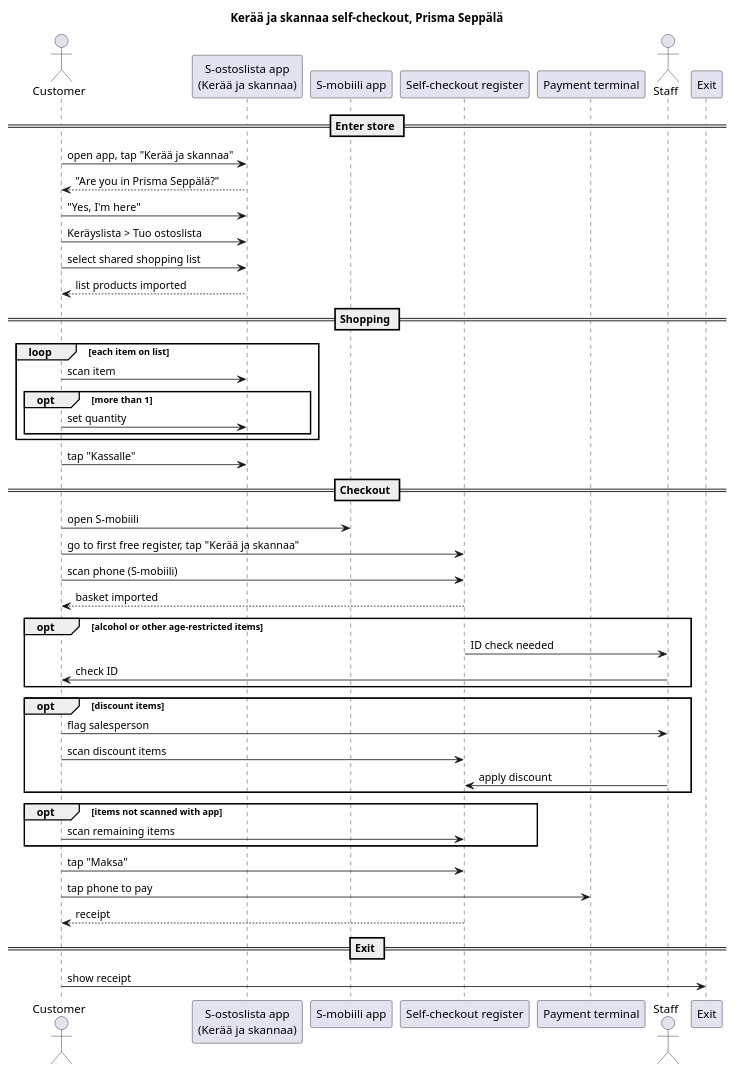
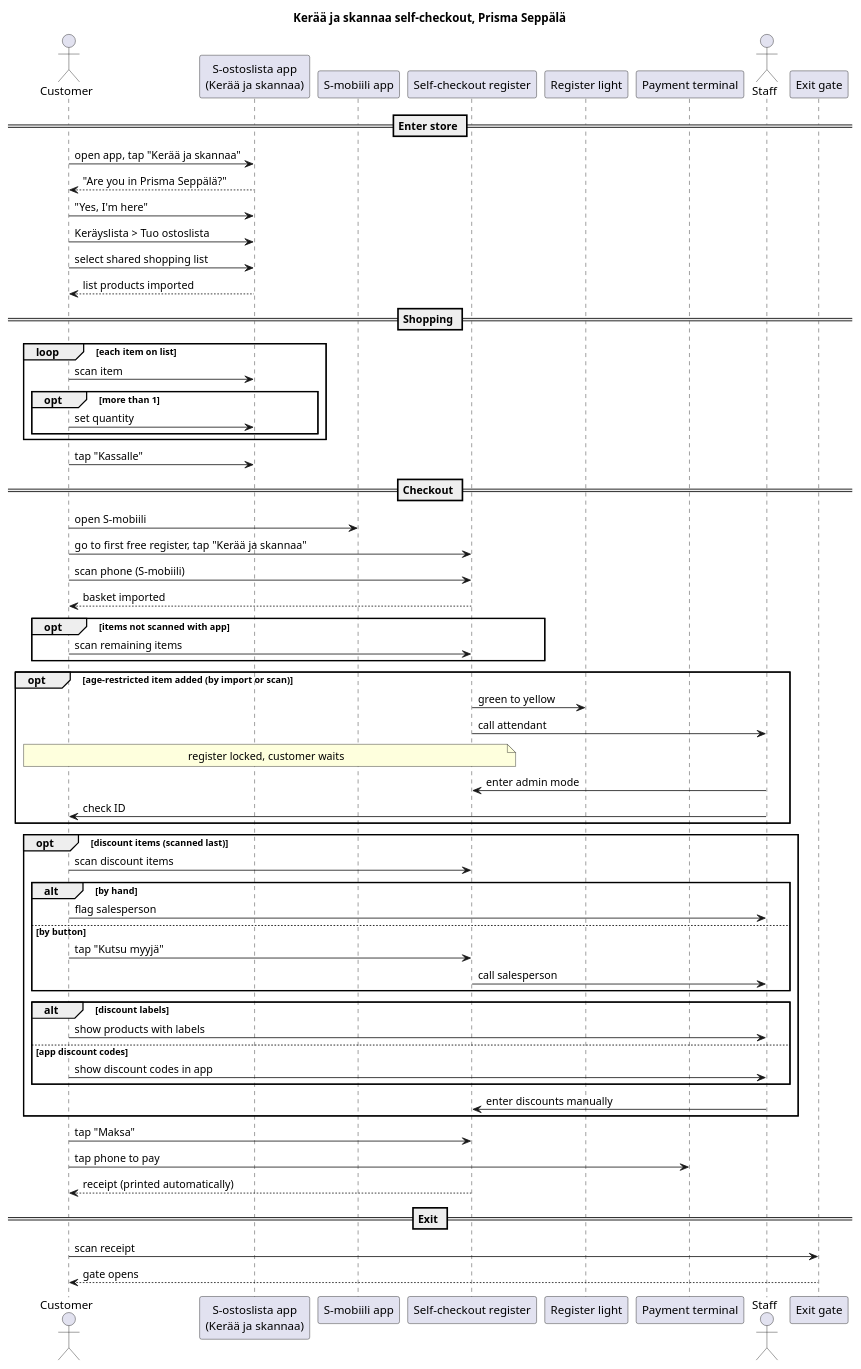
One commit to httpsterio/TJTP1140 changed the diagram in ex1/prisma-checkout.puml. Above: the diagram before and after it, drawn with PlantUML.

Commit message:
Update Ex1 diagram with light, admin mode, discounts, exit gate
Claude-Session: https://claude.ai/code/session_01EnmnarJXLgDPQA6bDMaZgY

```diff
--- a/ex1/prisma-checkout.puml
+++ b/ex1/prisma-checkout.puml
@@ -1,58 +1,73 @@
 @startuml
 title Kerää ja skannaa self-checkout, Prisma Seppälä
 
 actor Customer
 participant "S-ostoslista app\n(Kerää ja skannaa)" as App
 participant "S-mobiili app" as SMob
 participant "Self-checkout register" as Reg
+participant "Register light" as Light
 participant "Payment terminal" as Pay
 actor Staff
-participant "Exit" as Exit
+participant "Exit gate" as Gate
 
 == Enter store ==
 Customer -> App : open app, tap "Kerää ja skannaa"
 App --> Customer : "Are you in Prisma Seppälä?"
 Customer -> App : "Yes, I'm here"
 
 Customer -> App : Keräyslista > Tuo ostoslista
 Customer -> App : select shared shopping list
 App --> Customer : list products imported
 
 == Shopping ==
 loop each item on list
   Customer -> App : scan item
   opt more than 1
     Customer -> App : set quantity
   end
 end
 
 Customer -> App : tap "Kassalle"
 
 == Checkout ==
 Customer -> SMob : open S-mobiili
 Customer -> Reg : go to first free register, tap "Kerää ja skannaa"
 Customer -> Reg : scan phone (S-mobiili)
 Reg --> Customer : basket imported
 
-opt alcohol or other age-restricted items
-  Reg -> Staff : ID check needed
-  Staff -> Customer : check ID
-end
-
-opt discount items
-  Customer -> Staff : flag salesperson
-  Customer -> Reg : scan discount items
-  Staff -> Reg : apply discount
-end
-
 opt items not scanned with app
   Customer -> Reg : scan remaining items
 end
 
+opt age-restricted item added (by import or scan)
+  Reg -> Light : green to yellow
+  Reg -> Staff : call attendant
+  note over Customer, Reg : register locked, customer waits
+  Staff -> Reg : enter admin mode
+  Staff -> Customer : check ID
+end
+
+opt discount items (scanned last)
+  Customer -> Reg : scan discount items
+  alt by hand
+    Customer -> Staff : flag salesperson
+  else by button
+    Customer -> Reg : tap "Kutsu myyjä"
+    Reg -> Staff : call salesperson
+  end
+  alt discount labels
+    Customer -> Staff : show products with labels
+  else app discount codes
+    Customer -> Staff : show discount codes in app
+  end
+  Staff -> Reg : enter discounts manually
+end
+
 Customer -> Reg : tap "Maksa"
 Customer -> Pay : tap phone to pay
-Reg --> Customer : receipt
+Reg --> Customer : receipt (printed automatically)
 
 == Exit ==
-Customer -> Exit : show receipt
+Customer -> Gate : scan receipt
+Gate --> Customer : gate opens
 @enduml
```
